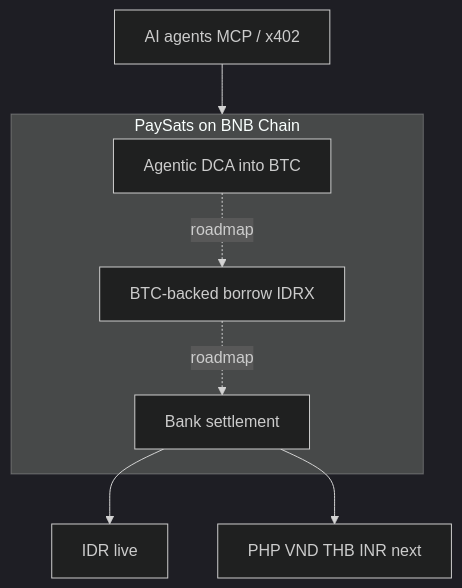
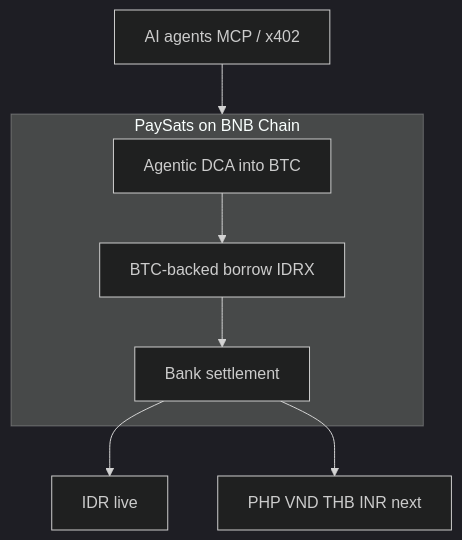
One commit to Glittrfi/paysats changed the diagram in docs/welcome.md. Above: the diagram before and after it, drawn with Mermaid (dark theme). The commit also changed other lines of this file and 7 other files, not shown here.

````diff
--- a/docs/welcome.md
+++ b/docs/welcome.md
@@ -44,13 +44,13 @@
 ```mermaid
 flowchart TB
   subgraph primitives [PaySats on BNB Chain]
     dca[Agentic DCA into BTC]
     borrow[BTC-backed borrow IDRX]
     settle[Bank settlement]
   end
   agents[AI agents MCP / x402] --> primitives
   settle --> idr[IDR live]
   settle --> sea[PHP VND THB INR next]
-  dca -.->|roadmap| borrow
-  borrow -.->|roadmap| settle
+  dca --> borrow
+  borrow --> settle
 ```
````
